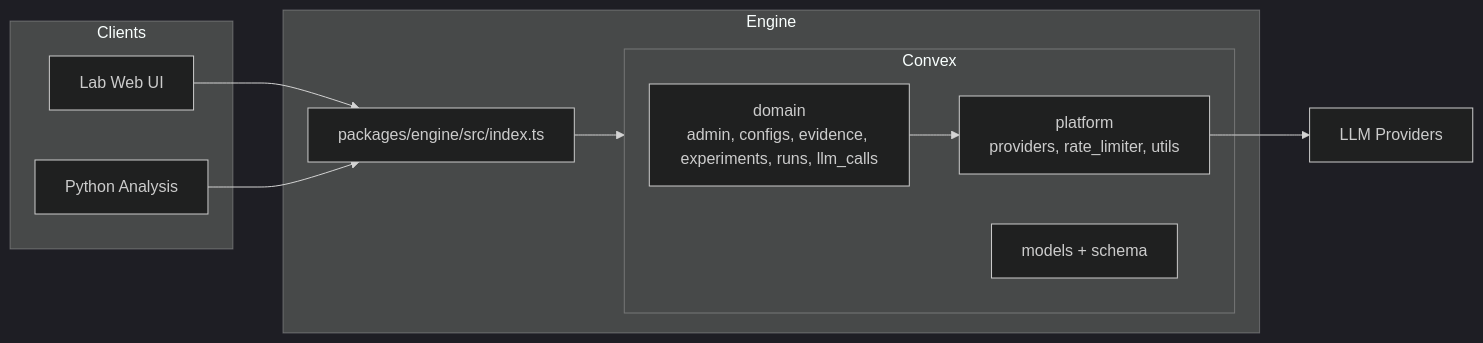
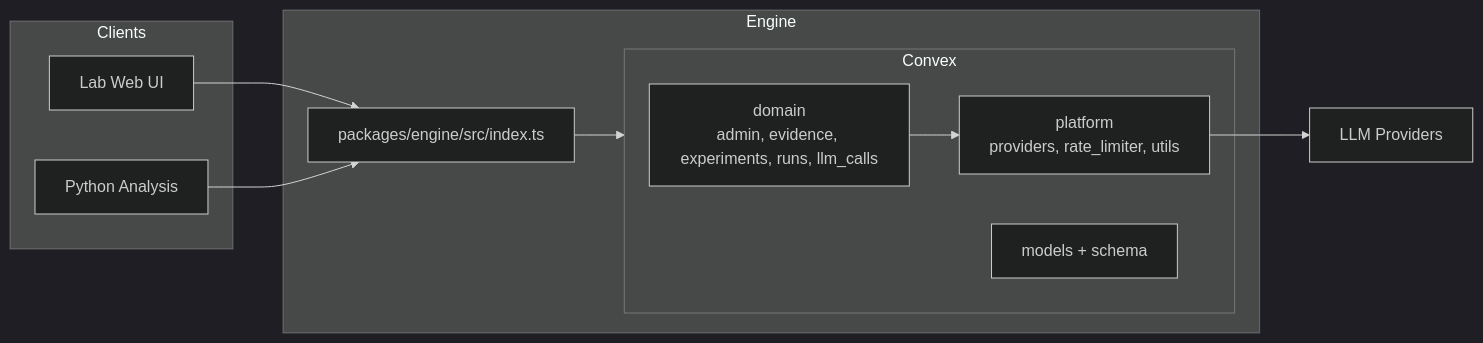
One commit to theonetruejesse/judge-gym changed the first of 3 diagrams in README.md. Above: the diagram before and after it, drawn with Mermaid (dark theme). The commit also changed other lines of this file and 33 other files, not shown here.

````diff
--- a/README.md
+++ b/README.md
@@ -279,24 +255,24 @@
 ```mermaid
 flowchart LR
   subgraph Clients
     Lab[Lab Web UI]
     Analysis[Python Analysis]
   end
 
   subgraph Engine
     API[packages/engine/src/index.ts]
   subgraph Convex
-    Domain["domain<br/>admin, configs, evidence, experiments, runs, llm_calls"]
+    Domain["domain<br/>admin, evidence, experiments, runs, llm_calls"]
       Platform["platform<br/>providers, rate_limiter, utils"]
       Models["models + schema"]
     end
   end
 
   Providers[LLM Providers]
 
   Lab --> API
   Analysis --> API
   API --> Convex
   Domain --> Platform
   Platform --> Providers
 ```
````
